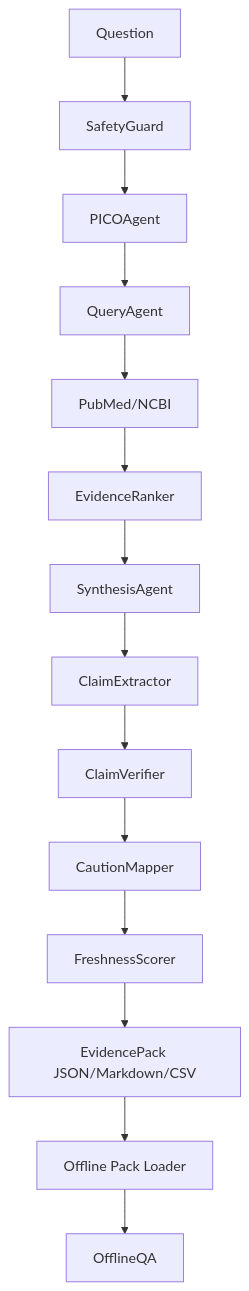
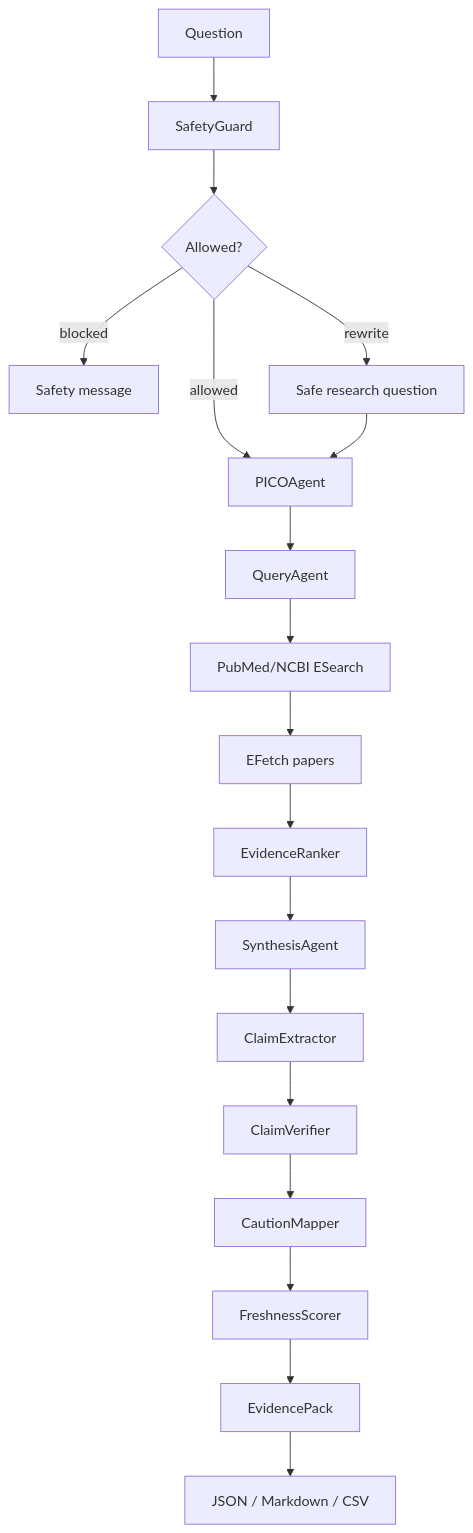
One commit to sfnc01/veritasclin-gemma4 changed the first of 2 diagrams in docs/architecture.md. Above: the diagram before and after it, drawn with Mermaid. The commit also changed other lines of this file and 11 other files, not shown here.

````diff
--- a/docs/architecture.md
+++ b/docs/architecture.md
@@ -5,16 +7,20 @@
 ```mermaid
 flowchart TD
   A["Question"] --> B["SafetyGuard"]
-  B --> C["PICOAgent"]
-  C --> D["QueryAgent"]
-  D --> E["PubMed/NCBI"]
-  E --> F["EvidenceRanker"]
-  F --> G["SynthesisAgent"]
-  G --> H["ClaimExtractor"]
-  H --> I["ClaimVerifier"]
-  I --> J["CautionMapper"]
-  J --> K["FreshnessScorer"]
-  K --> L["EvidencePack JSON/Markdown/CSV"]
-  L --> M["Offline Pack Loader"]
-  M --> N["OfflineQA"]
+  B --> C{"Allowed?"}
+  C -- "blocked" --> D["Safety message"]
+  C -- "rewrite" --> E["Safe research question"]
+  C -- "allowed" --> F["PICOAgent"]
+  E --> F
+  F --> G["QueryAgent"]
+  G --> H["PubMed/NCBI ESearch"]
+  H --> I["EFetch papers"]
+  I --> J["EvidenceRanker"]
+  J --> K["SynthesisAgent"]
+  K --> L["ClaimExtractor"]
+  L --> M["ClaimVerifier"]
+  M --> N["CautionMapper"]
+  N --> O["FreshnessScorer"]
+  O --> P["EvidencePack"]
+  P --> Q["JSON / Markdown / CSV"]
 ```
````
